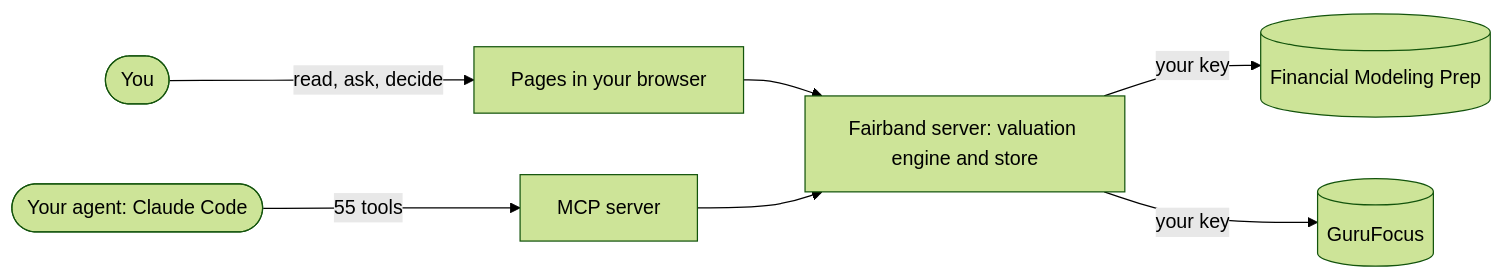
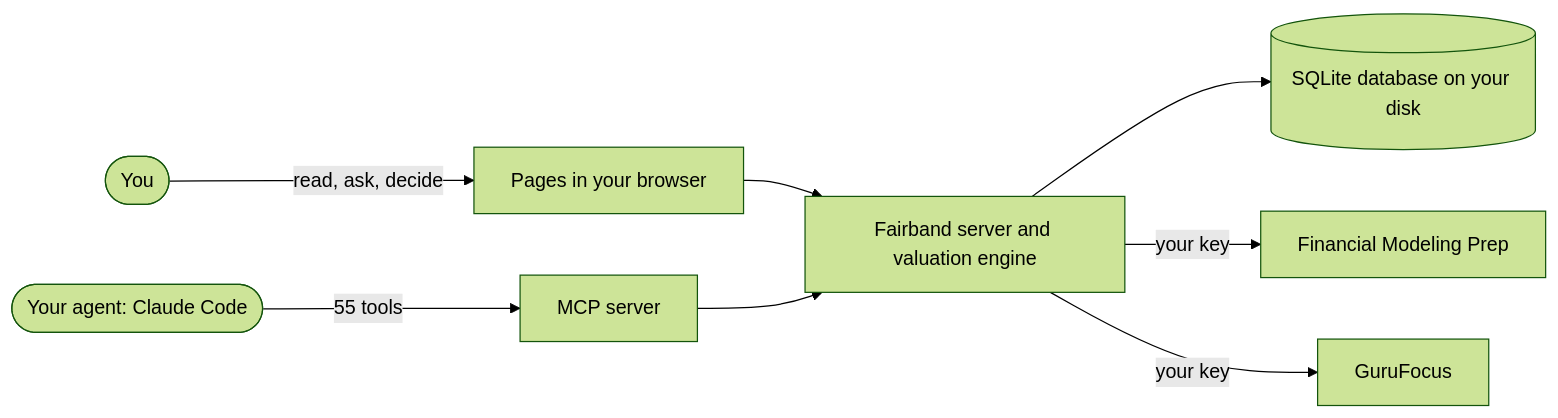
The diagram in README.md (kabanami/fairband), drawn with Mermaid (forest theme) before and after one commit. The commit also changed other lines of this file, not shown here.

First line of the commit message:
Say each page in plain words in the README, and draw the SQLite database on the user's disk in its diagram of the parts

````diff
--- a/README.md
+++ b/README.md
@@ -14,9 +14,10 @@
 ```mermaid
 flowchart LR
     you(["You"]) -- "read, ask, decide" --> pages["Pages in your browser"]
     agent(["Your agent: Claude Code"]) -- "55 tools" --> mcp["MCP server"]
-    pages --> server["Fairband server: valuation engine and store"]
+    pages --> server["Fairband server and valuation engine"]
     mcp --> server
-    server -- "your key" --> fmp[("Financial Modeling Prep")]
-    server -- "your key" --> gf[("GuruFocus")]
+    server --> db[("SQLite database on your disk")]
+    server -- "your key" --> fmp["Financial Modeling Prep"]
+    server -- "your key" --> gf["GuruFocus"]
 ```
````
